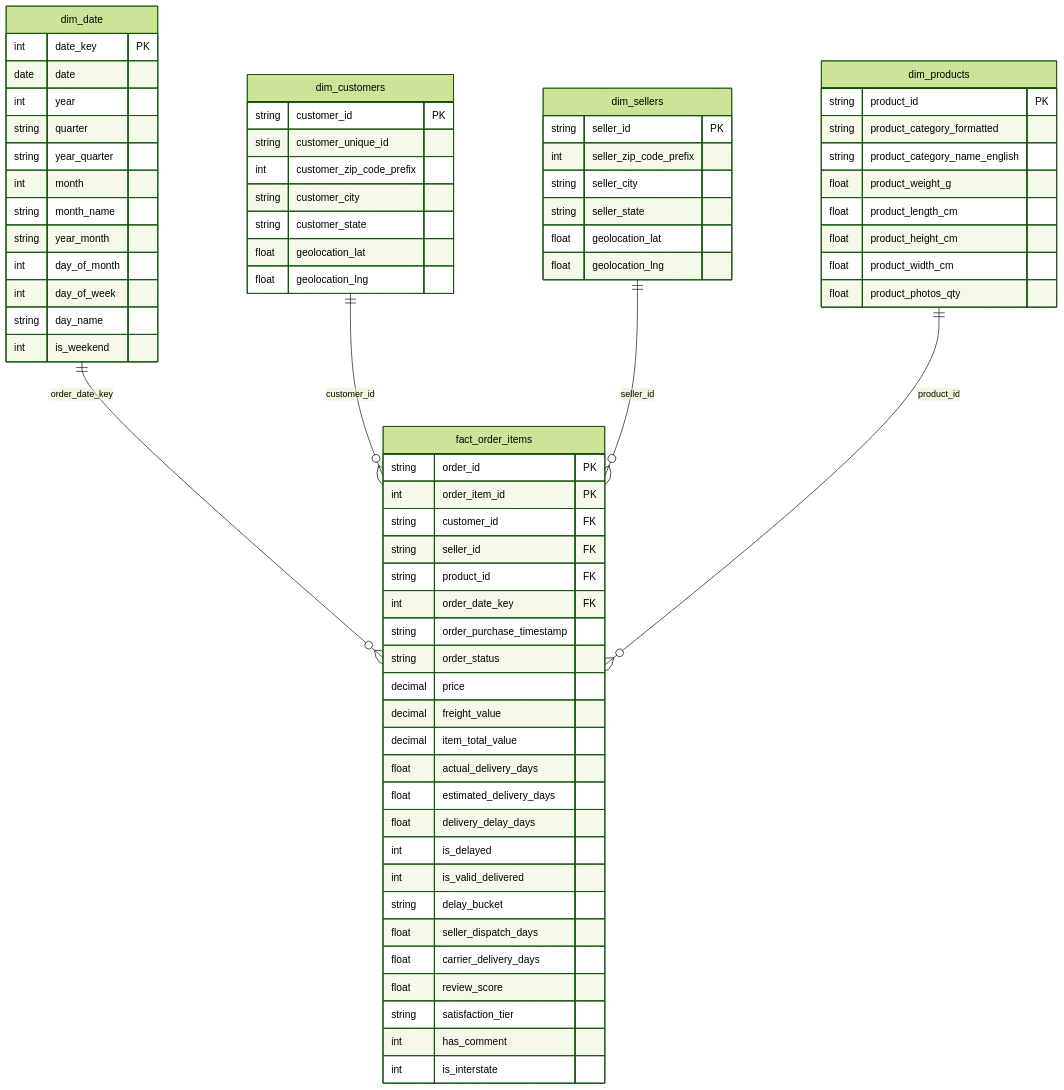
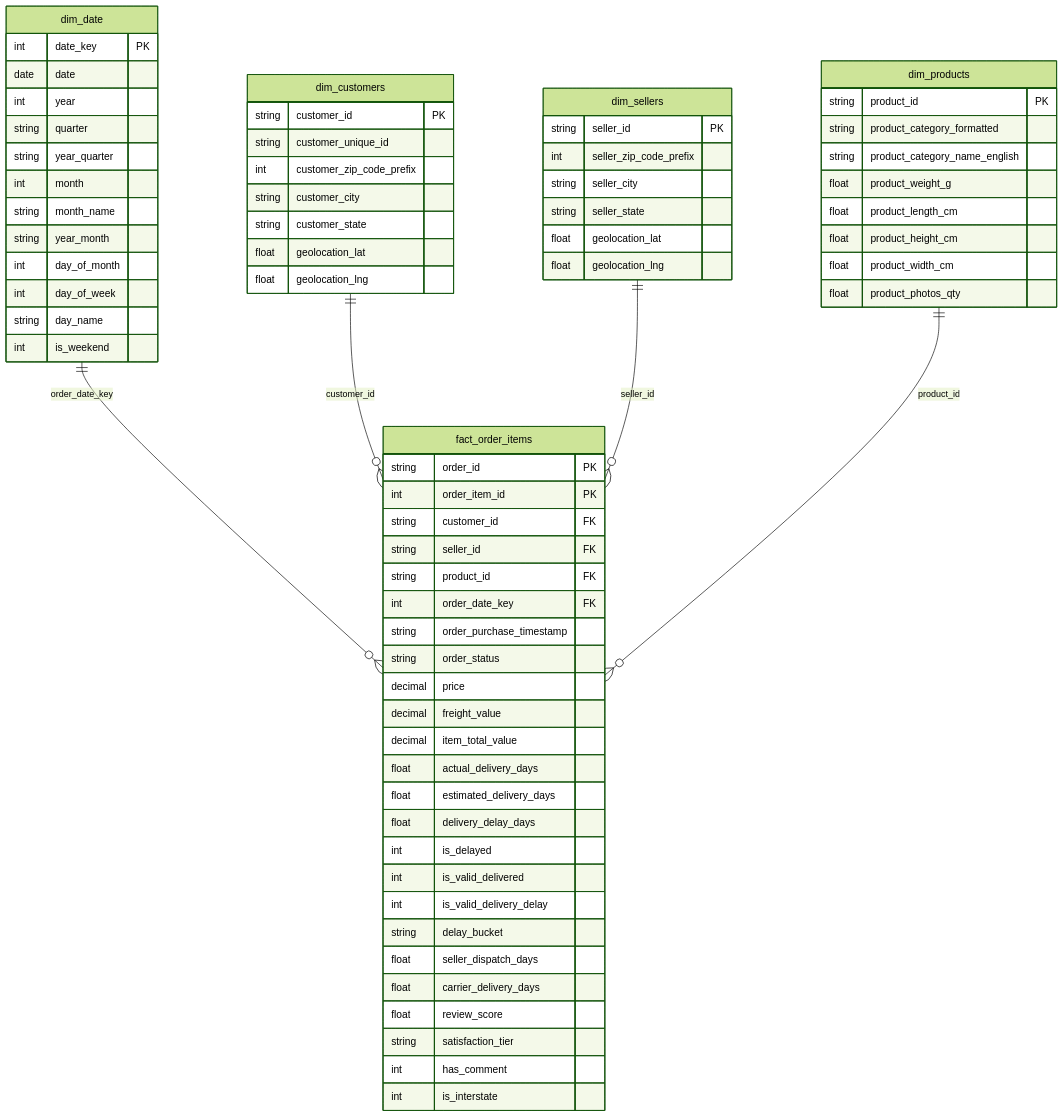
One commit to Baotran265/olist-ecommerce-data-analyst changed the diagram in docs/07_data_modeling_and_star_schema.md. Above: the diagram before and after it, drawn with Mermaid (forest theme). The commit also changed other lines of this file and 24 other files, not shown here.

````diff
--- a/docs/07_data_modeling_and_star_schema.md
+++ b/docs/07_data_modeling_and_star_schema.md
@@ -27,78 +27,79 @@
 ```mermaid
 erDiagram
     dim_date ||--o{ fact_order_items : "order_date_key"
     dim_customers ||--o{ fact_order_items : "customer_id"
     dim_sellers ||--o{ fact_order_items : "seller_id"
     dim_products ||--o{ fact_order_items : "product_id"
 
     dim_date {
         int date_key PK
         date date
         int year
         string quarter
         string year_quarter
         int month
         string month_name
         string year_month
         int day_of_month
         int day_of_week
         string day_name
         int is_weekend
     }
 
     dim_customers {
         string customer_id PK
         string customer_unique_id
         int customer_zip_code_prefix
         string customer_city
         string customer_state
         float geolocation_lat
         float geolocation_lng
     }
 
     dim_sellers {
         string seller_id PK
         int seller_zip_code_prefix
         string seller_city
         string seller_state
         float geolocation_lat
         float geolocation_lng
     }
 
     dim_products {
         string product_id PK
         string product_category_formatted
         string product_category_name_english
         float product_weight_g
         float product_length_cm
         float product_height_cm
         float product_width_cm
         float product_photos_qty
     }
 
     fact_order_items {
         string order_id PK
         int order_item_id PK
         string customer_id FK
         string seller_id FK
         string product_id FK
         int order_date_key FK
         string order_purchase_timestamp
         string order_status
         decimal price
         decimal freight_value
         decimal item_total_value
         float actual_delivery_days
         float estimated_delivery_days
         float delivery_delay_days
         int is_delayed
         int is_valid_delivered
+        int is_valid_delivery_delay
         string delay_bucket
         float seller_dispatch_days
         float carrier_delivery_days
         float review_score
         string satisfaction_tier
         int has_comment
         int is_interstate
     }
 ```
````
